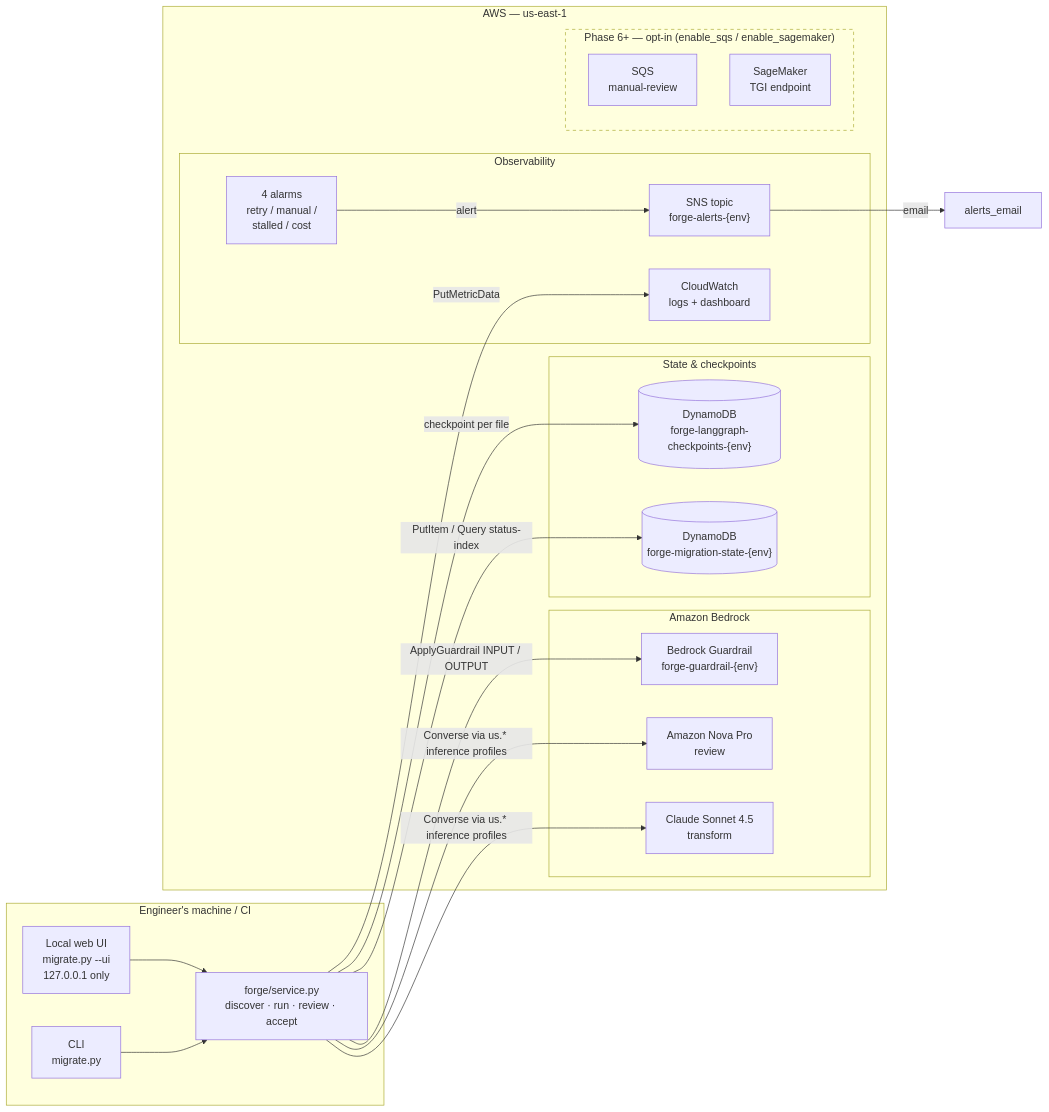
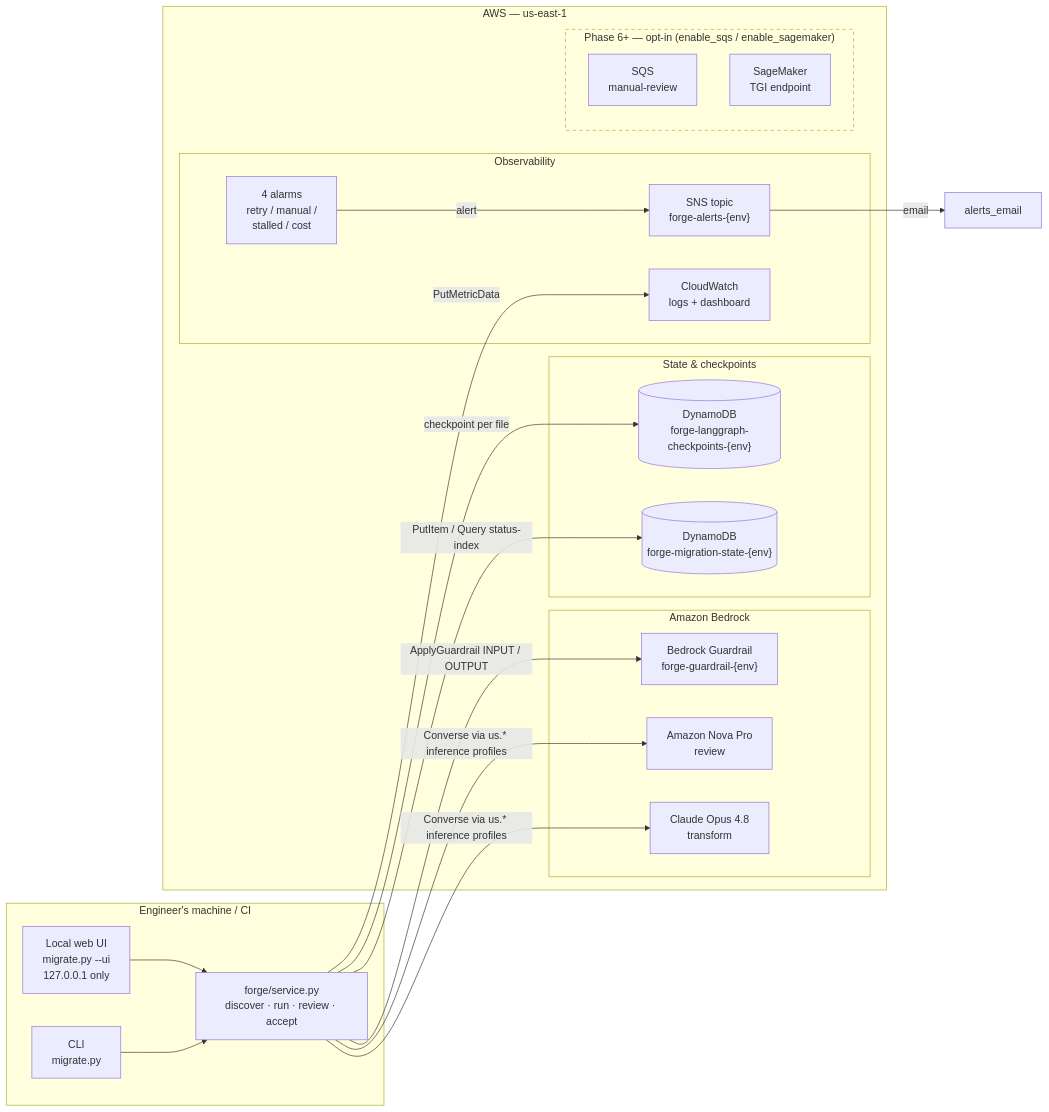
The first of 2 diagrams in README.md (anche-raja/forge-platform), drawn with Mermaid before and after one commit. The commit also changed other lines of this file and 11 other files, not shown here.

First line of the commit message:
Transform model is Claude Opus 4.8 (us.anthropic.claude-opus-4-8)

````diff
--- a/README.md
+++ b/README.md
@@ -17,45 +17,45 @@
 ```mermaid
 flowchart LR
     subgraph Client["Engineer's machine / CI"]
         UI["Local web UI<br/>migrate.py --ui<br/>127.0.0.1 only"]
         CLI["CLI<br/>migrate.py"]
         SVC["forge/service.py<br/>discover · run · review · accept"]
         UI --> SVC
         CLI --> SVC
     end
 
     subgraph AWS["AWS — us-east-1"]
         subgraph Bedrock["Amazon Bedrock"]
-            CLAUDE["Claude Sonnet 4.5<br/>transform"]
+            CLAUDE["Claude Opus 4.8<br/>transform"]
             NOVA["Amazon Nova Pro<br/>review"]
             GR["Bedrock Guardrail<br/>forge-guardrail-{env}"]
         end
 
         subgraph State["State & checkpoints"]
             DDB1[("DynamoDB<br/>forge-migration-state-{env}")]
             DDB2[("DynamoDB<br/>forge-langgraph-checkpoints-{env}")]
         end
 
         subgraph Obs["Observability"]
             CW["CloudWatch<br/>logs + dashboard"]
             SNS["SNS topic<br/>forge-alerts-{env}"]
             ALARMS["4 alarms<br/>retry / manual /<br/>stalled / cost"]
         end
 
         subgraph Phase6["Phase 6+ — opt-in (enable_sqs / enable_sagemaker)"]
             SQS["SQS<br/>manual-review"]
             SM["SageMaker<br/>TGI endpoint"]
         end
     end
 
     SVC -->|Converse via us.* inference profiles| CLAUDE
     SVC -->|Converse via us.* inference profiles| NOVA
     SVC -->|ApplyGuardrail INPUT / OUTPUT| GR
     SVC -->|PutItem / Query status-index| DDB1
     SVC -->|checkpoint per file| DDB2
     SVC -->|PutMetricData| CW
     ALARMS -->|alert| SNS
     SNS -->|email| USER["alerts_email"]
 
     style Phase6 stroke-dasharray: 5 5
 ```
````
